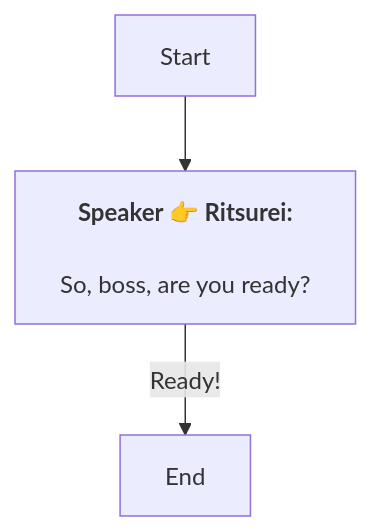
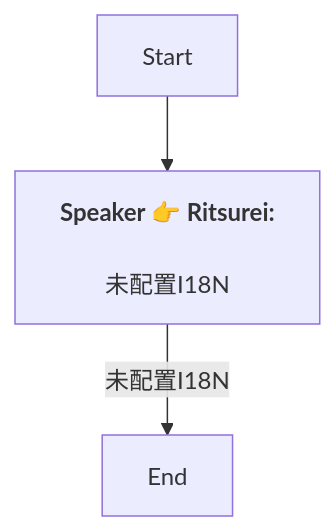
Before and after one commit to SoftHu/tos_avg: the diagram in En/QuestTalkObjectiveNode_1758366220204699.md, drawn with Mermaid. The commit also changed 780 other files, not shown here.

````diff
--- a/En/QuestTalkObjectiveNode_1758366220204699.md
+++ b/En/QuestTalkObjectiveNode_1758366220204699.md
@@ -1,7 +1,7 @@
 ```mermaid
 graph
 Start -->1758366327316126[<b>Speaker 👉 Ritsurei:</b>
-\nSo, boss, are you ready?]
-1758366327316126 -->|Ready!|1758366809993892[End]
+\n未配置I18N]
+1758366327316126 -->|未配置I18N|1758366809993892[End]
 
 ```
````
